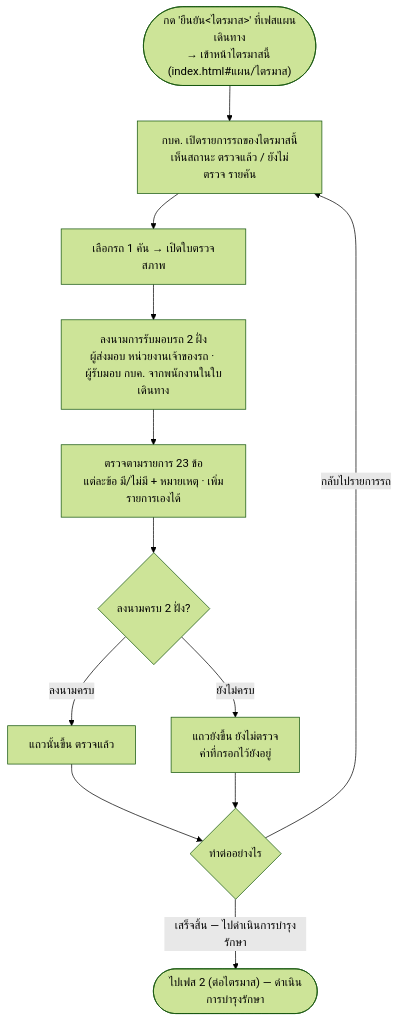
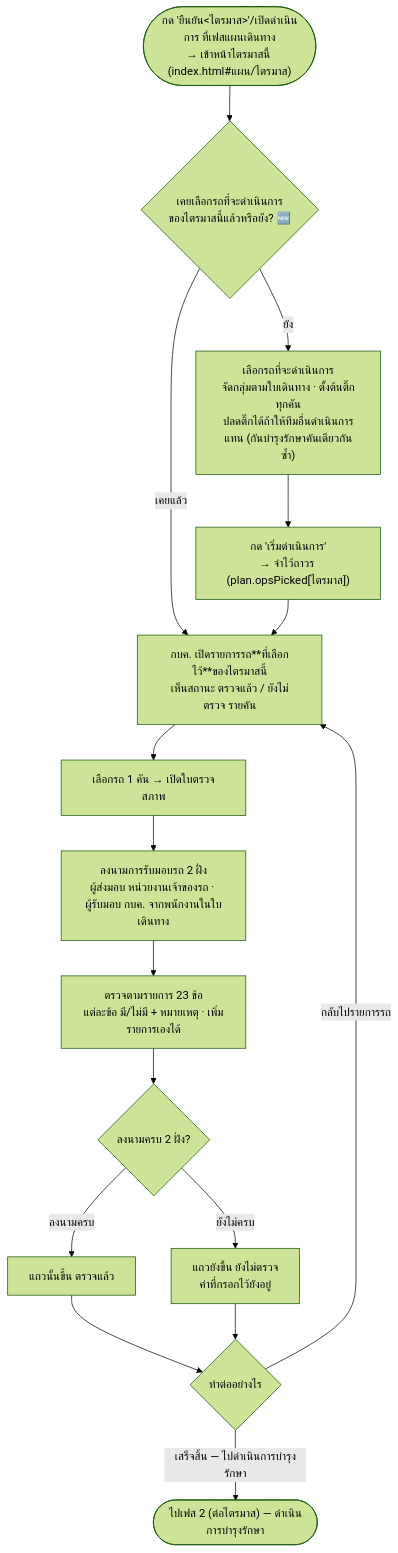
Before and after one commit to anugmail/Maintenance-Request-Form: the first of 2 diagrams in Diagram/01-บำรุงรักษาตามวาระ/04-เฟส3-ตรวจรับ.md, drawn with Mermaid (forest theme). The commit also changed other lines of this file and 6 other files, not shown here.

````diff
--- a/Diagram/01-บำรุงรักษาตามวาระ/04-เฟส3-ตรวจรับ.md
+++ b/Diagram/01-บำรุงรักษาตามวาระ/04-เฟส3-ตรวจรับ.md
@@ -21,14 +29,18 @@
 ```mermaid
 flowchart TB
-    S(["กด 'ยืนยัน&lt;ไตรมาส&gt;' ที่เฟสแผนเดินทาง<br/>→ เข้าหน้าไตรมาสนี้ (index.html#แผน/ไตรมาส)"]) --> A[กบค. เปิดรายการรถของไตรมาสนี้<br/>เห็นสถานะ ตรวจแล้ว / ยังไม่ตรวจ รายคัน]
+    S(["กด 'ยืนยัน&lt;ไตรมาส&gt;'/เปิดดำเนินการ ที่เฟสแผนเดินทาง<br/>→ เข้าหน้าไตรมาสนี้ (index.html#แผน/ไตรมาส)"]) --> P{"เคยเลือกรถที่จะดำเนินการ<br/>ของไตรมาสนี้แล้วหรือยัง? 🆕"}
+    P -->|"ยัง"| PA["เลือกรถที่จะดำเนินการ<br/>จัดกลุ่มตามใบเดินทาง · ตั้งต้นติ๊กทุกคัน<br/>ปลดติ๊กได้ถ้าให้ทีมอื่นดำเนินการแทน (กันบำรุงรักษาคันเดียวกันซ้ำ)"]
+    PA --> PB["กด 'เริ่มดำเนินการ'<br/>→ จำไว้ถาวร (plan.opsPicked[ไตรมาส])"]
+    P -->|"เคยแล้ว"| A
+    PB --> A[กบค. เปิดรายการรถ**ที่เลือกไว้**ของไตรมาสนี้<br/>เห็นสถานะ ตรวจแล้ว / ยังไม่ตรวจ รายคัน]
     A --> B[เลือกรถ 1 คัน → เปิดใบตรวจสภาพ]
     B --> C[ลงนามการรับมอบรถ 2 ฝั่ง<br/>ผู้ส่งมอบ หน่วยงานเจ้าของรถ · ผู้รับมอบ กบค. จากพนักงานในใบเดินทาง]
     C --> D[ตรวจตามรายการ 23 ข้อ<br/>แต่ละข้อ มี/ไม่มี + หมายเหตุ · เพิ่มรายการเองได้]
     D --> E{ลงนามครบ 2 ฝั่ง?}
     E -->|ลงนามครบ| G[แถวนั้นขึ้น ตรวจแล้ว]
     E -->|ยังไม่ครบ| G2[แถวยังขึ้น ยังไม่ตรวจ<br/>ค่าที่กรอกไว้ยังอยู่]
     G --> H{ทำต่ออย่างไร}
     G2 --> H
     H -->|กลับไปรายการรถ| A
     H -->|"เสร็จสิ้น — ไปดำเนินการบำรุงรักษา"| Z(["ไปเฟส 2 (ต่อไตรมาส) — ดำเนินการบำรุงรักษา"])
 ```
````
